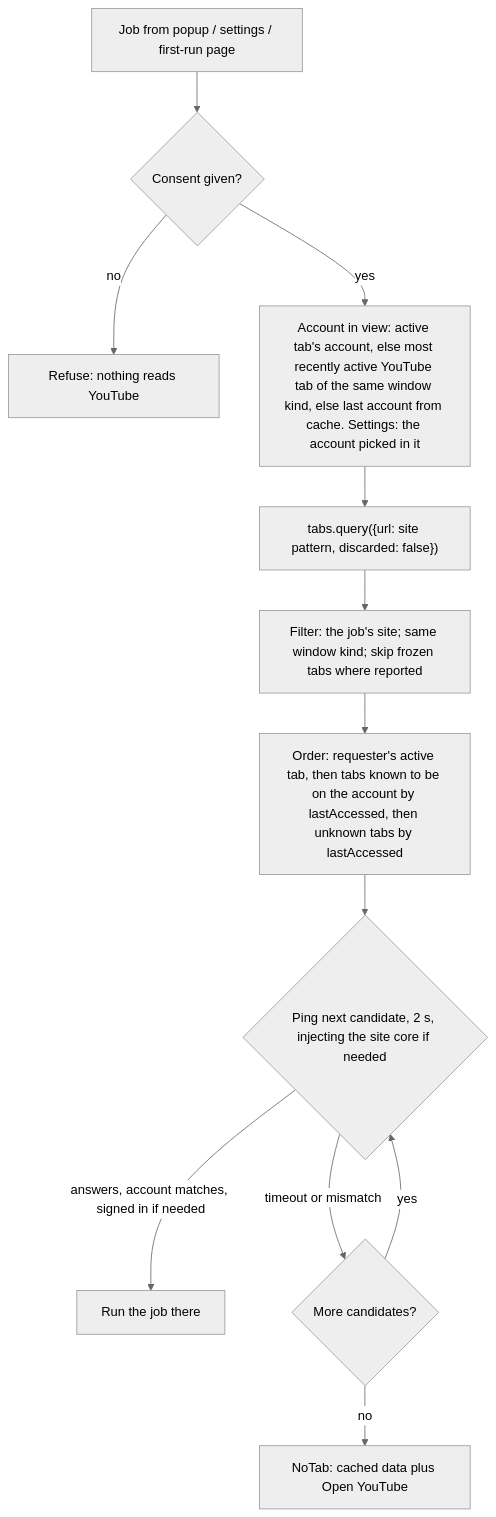
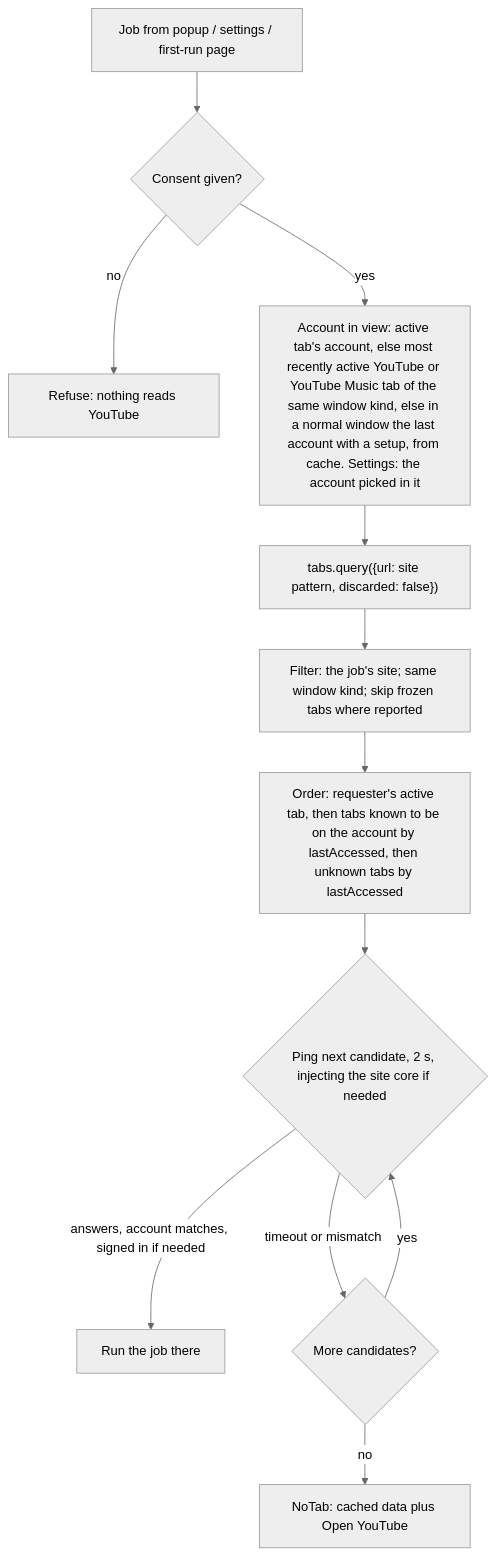
The first of 2 diagrams in .scratch/rebuild/spec/06-architecture.md (Alioun/yt-playlist-tools), drawn with Mermaid (neutral theme) before and after one commit. The commit also changed other lines of this file and 8 other files, not shown here.

````diff
--- a/.scratch/rebuild/spec/06-architecture.md
+++ b/.scratch/rebuild/spec/06-architecture.md
@@ -389,14 +389,14 @@
 ```mermaid
 flowchart TD
   A[Job from popup / settings / first-run page] --> C{Consent given?}
   C -- no --> X[Refuse: nothing reads YouTube]
-  C -- yes --> B[Account in view: active tab's account, else most recently active YouTube tab of the same window kind, else last account from cache. Settings: the account picked in it]
+  C -- yes --> B[Account in view: active tab's account, else most recently active YouTube or YouTube Music tab of the same window kind, else in a normal window the last account with a setup, from cache. Settings: the account picked in it]
   B --> Q["tabs.query({url: site pattern, discarded: false})"]
   Q --> F[Filter: the job's site; same window kind; skip frozen tabs where reported]
   F --> O[Order: requester's active tab, then tabs known to be on the account by lastAccessed, then unknown tabs by lastAccessed]
   O --> P{Ping next candidate, 2 s, injecting the site core if needed}
   P -- answers, account matches, signed in if needed --> R[Run the job there]
   P -- timeout or mismatch --> P2{More candidates?}
   P2 -- yes --> P
   P2 -- no --> N[NoTab: cached data plus Open YouTube]
 ```
````
